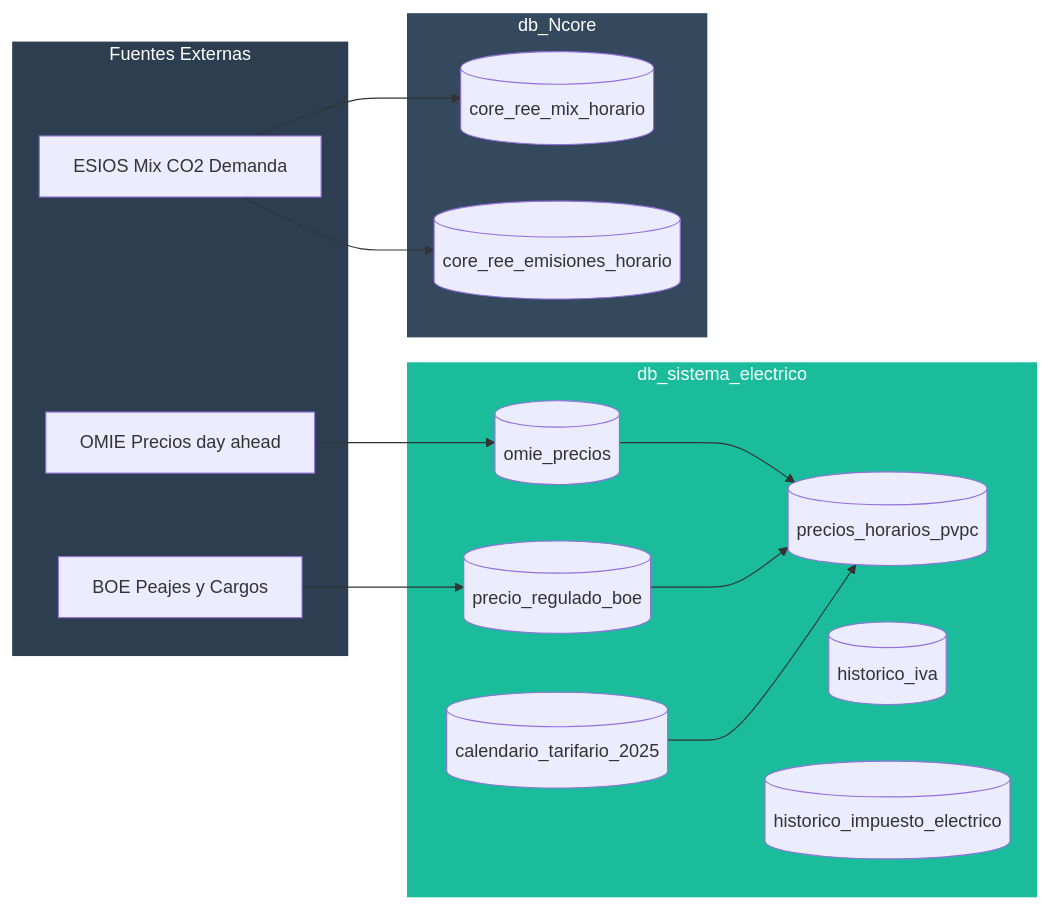
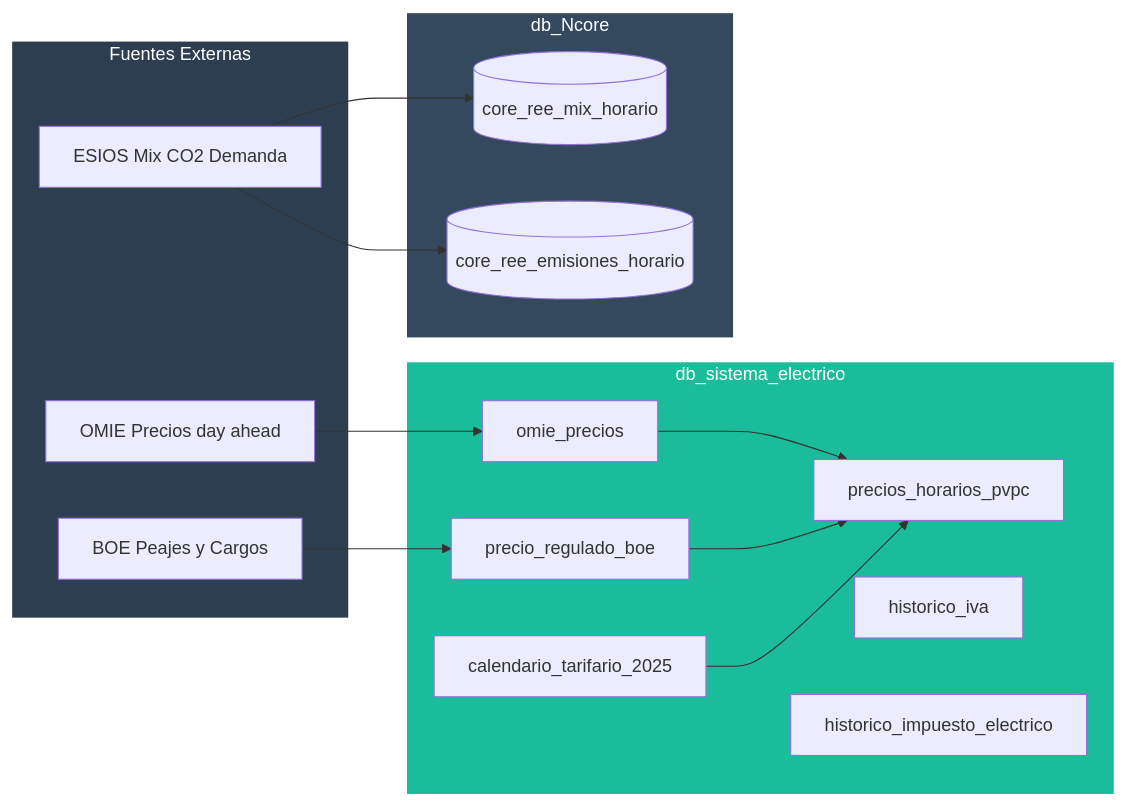
One commit to EGD2024/db-watioverse changed the first of 2 diagrams in docs/README_Sist_eléctrico.md. Above: the diagram before and after it, drawn with Mermaid. The commit also changed other lines of this file, not shown here.

````diff
--- a/docs/README_Sist_eléctrico.md
+++ b/docs/README_Sist_eléctrico.md
@@ -36,35 +36,35 @@
 ```mermaid
 flowchart LR
     subgraph Fuentes[Fuentes Externas]
         OMIE[OMIE Precios day ahead]
         BOE[BOE Peajes y Cargos]
         ESIOS[ESIOS Mix CO2 Demanda]
     end
 
     subgraph SE[db_sistema_electrico]
-        OM[(omie_precios)]
-        PVPC[(precios_horarios_pvpc)]
-        BOE_TAB[(precio_regulado_boe)]
-        CAL[(calendario_tarifario_2025)]
-        IVA[(historico_iva)]
-        IE[(historico_impuesto_electrico)]
+        OM[omie_precios]
+        PVPC[precios_horarios_pvpc]
+        BOE_TAB[precio_regulado_boe]
+        CAL[calendario_tarifario_2025]
+        IVA[historico_iva]
+        IE[historico_impuesto_electrico]
     end
 
     subgraph NCORE[db_Ncore]
         MIX[(core_ree_mix_horario)]
         CO2[(core_ree_emisiones_horario)]
     end
 
     OMIE --> OM
     BOE --> BOE_TAB
     ESIOS --> MIX
     ESIOS --> CO2
 
     OM --> PVPC
     BOE_TAB --> PVPC
     CAL --> PVPC
 
     style Fuentes fill:#2C3E50,stroke:#ffffff,stroke-width:2px,color:#ffffff
     style SE fill:#1ABC9C,stroke:#ffffff,stroke-width:2px,color:#ffffff
     style NCORE fill:#34495E,stroke:#ffffff,stroke-width:2px,color:#ffffff
 ```
````
